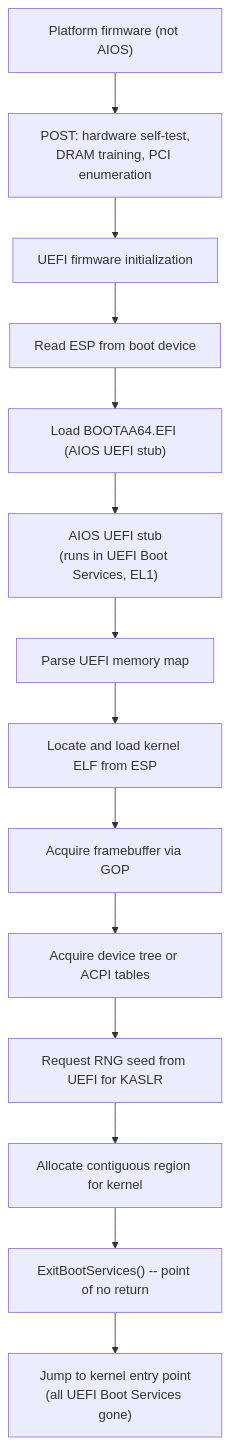
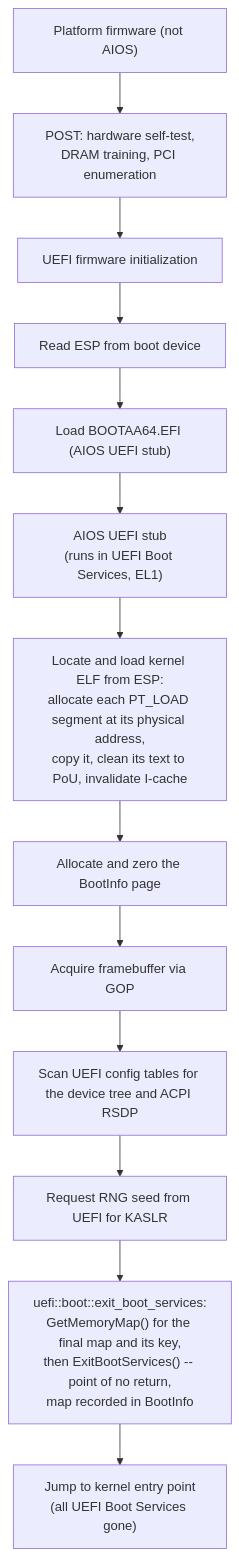
Before and after one commit to juslee/aios: the diagram in docs/kernel/boot/firmware.md, drawn with Mermaid. The commit also changed other lines of this file and 10 other files, not shown here.

First line of the commit message:
uefi-stub: sync I/D caches over kernel text before the jump (#197) (#210)

````diff
--- a/docs/kernel/boot/firmware.md
+++ b/docs/kernel/boot/firmware.md
@@ -16,21 +16,25 @@
 ```mermaid
 flowchart TD
     FW["Platform firmware (not AIOS)"] --> POST["`POST: hardware self-test,
 DRAM training, PCI enumeration`"]
     POST --> UEFI_INIT["UEFI firmware initialization"]
     UEFI_INIT --> ESP["Read ESP from boot device"]
     ESP --> LOAD_STUB["Load BOOTAA64.EFI (AIOS UEFI stub)"]
 
     LOAD_STUB --> STUB["`AIOS UEFI stub
 (runs in UEFI Boot Services, EL1)`"]
-    STUB --> PARSE["Parse UEFI memory map"]
-    PARSE --> LOAD_ELF["Locate and load kernel ELF from ESP"]
-    LOAD_ELF --> GOP["Acquire framebuffer via GOP"]
-    GOP --> DTB["Acquire device tree or ACPI tables"]
+    STUB --> LOAD_ELF["`Locate and load kernel ELF from ESP:
+allocate each PT_LOAD segment at its physical address,
+copy it, clean its text to PoU, invalidate I-cache`"]
+    LOAD_ELF --> BOOTINFO["Allocate and zero the BootInfo page"]
+    BOOTINFO --> GOP["Acquire framebuffer via GOP"]
+    GOP --> DTB["Scan UEFI config tables for the device tree and ACPI RSDP"]
     DTB --> RNG["Request RNG seed from UEFI for KASLR"]
-    RNG --> ALLOC["Allocate contiguous region for kernel"]
-    ALLOC --> EBS["ExitBootServices() -- point of no return"]
+    RNG --> EBS["`uefi::boot::exit_boot_services:
+GetMemoryMap() for the final map and its key,
+then ExitBootServices() -- point of no return,
+map recorded in BootInfo`"]
 
     EBS --> KERNEL["`Jump to kernel entry point
 (all UEFI Boot Services gone)`"]
 ```
````
